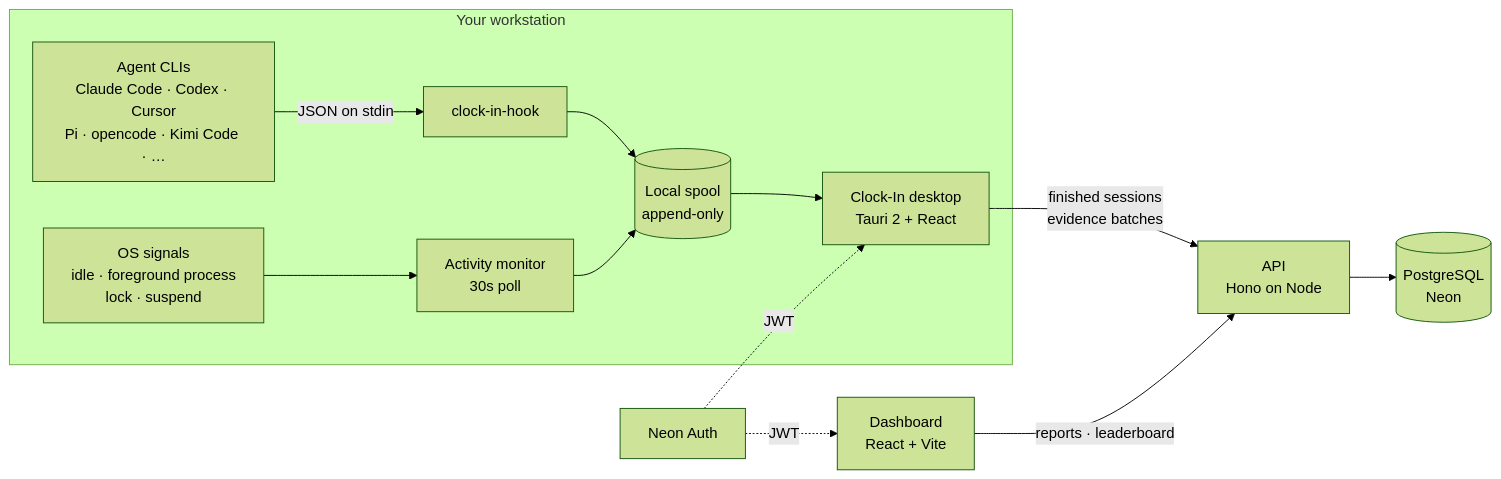
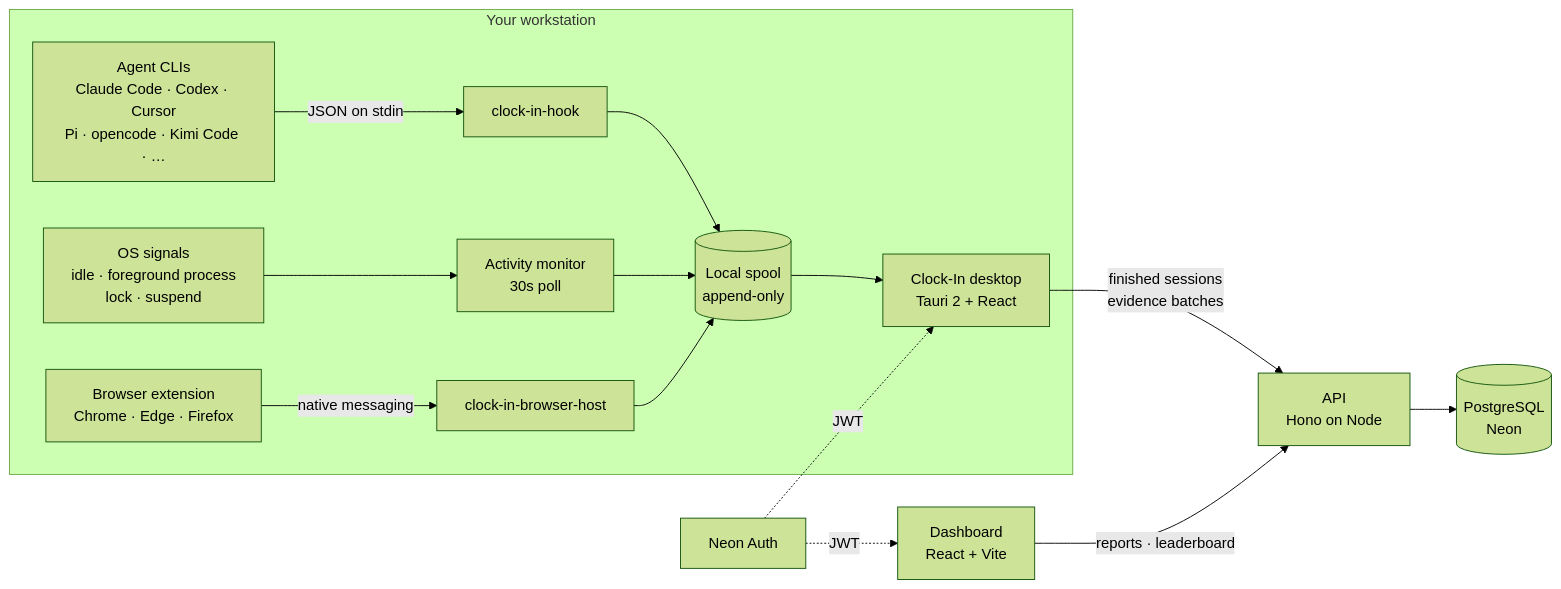
Before and after one commit to fpresta0607/Clock-In: the diagram in README.md, drawn with Mermaid (forest theme). The commit also changed other lines of this file and 3 other files, not shown here.

````diff
--- a/README.md
+++ b/README.md
@@ -55,16 +59,18 @@
 ```mermaid
 flowchart LR
     subgraph WS["Your workstation"]
         CLI["Agent CLIs<br/>Claude Code · Codex · Cursor<br/>Pi · opencode · Kimi Code · …"] -->|"JSON on stdin"| HOOK["clock-in-hook"]
         OS["OS signals<br/>idle · foreground process<br/>lock · suspend"] --> MON["Activity monitor<br/>30s poll"]
+        EXT["Browser extension<br/>Chrome · Edge · Firefox"] -->|"native messaging"| HOST["clock-in-browser-host"]
         HOOK --> SPOOL[("Local spool<br/>append-only")]
         MON --> SPOOL
+        HOST --> SPOOL
         SPOOL --> APP["Clock-In desktop<br/>Tauri 2 + React"]
     end
 
     APP -->|"finished sessions<br/>evidence batches"| API["API<br/>Hono on Node"]
     WEB["Dashboard<br/>React + Vite"] -->|"reports · leaderboard"| API
     API --> DB[("PostgreSQL<br/>Neon")]
     AUTH["Neon Auth"] -.->|"JWT"| APP
     AUTH -.->|"JWT"| WEB
 ```
````
